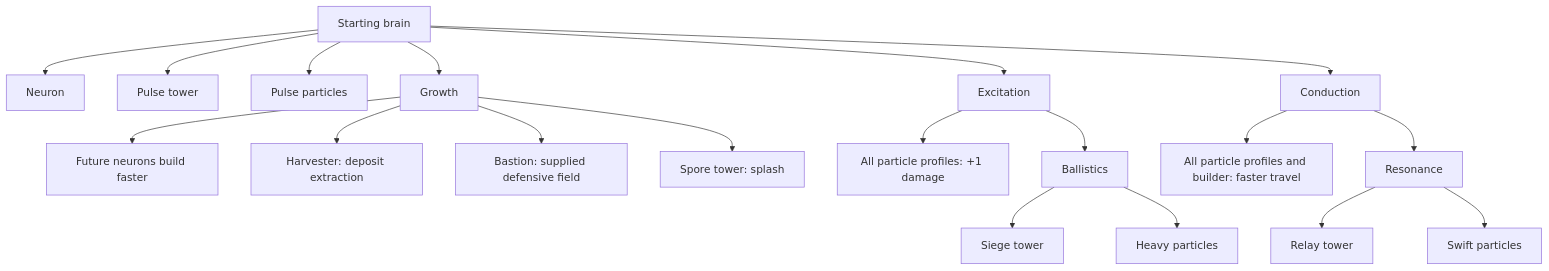
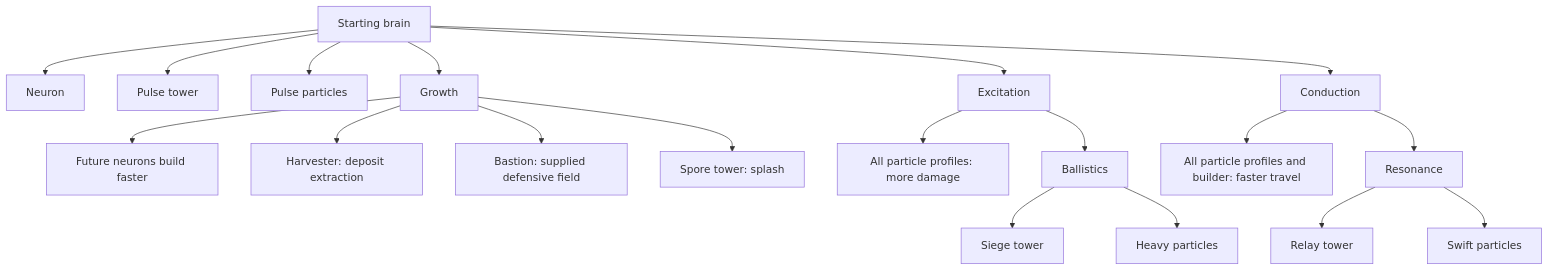
One commit to andeplane/fuse-riders changed the diagram in docs/neural-defence/TECH_TREE.md. Above: the diagram before and after it, drawn with Mermaid. The commit also changed other lines of this file and 76 other files, not shown here.

````diff
--- a/docs/neural-defence/TECH_TREE.md
+++ b/docs/neural-defence/TECH_TREE.md
@@ -13,22 +30,22 @@
 ```mermaid
 flowchart TD
     Start[Starting brain]
     Start --> Neuron[Neuron]
     Start --> Tower[Pulse tower]
     Start --> Pulse[Pulse particles]
     Start --> Growth[Growth]
     Start --> Excitation[Excitation]
     Start --> Conduction[Conduction]
     Growth --> Fast[Future neurons build faster]
     Growth --> Harvester[Harvester: deposit extraction]
     Growth --> Bastion[Bastion: supplied defensive field]
     Growth --> Spore[Spore tower: splash]
-    Excitation --> Damage[All particle profiles: +1 damage]
+    Excitation --> Damage[All particle profiles: more damage]
     Excitation --> Ballistics[Ballistics]
     Ballistics --> Siege[Siege tower]
     Ballistics --> Heavy[Heavy particles]
     Conduction --> Speed[All particle profiles and builder: faster travel]
     Conduction --> Resonance[Resonance]
     Resonance --> Relay[Relay tower]
     Resonance --> Swift[Swift particles]
 ```
````
